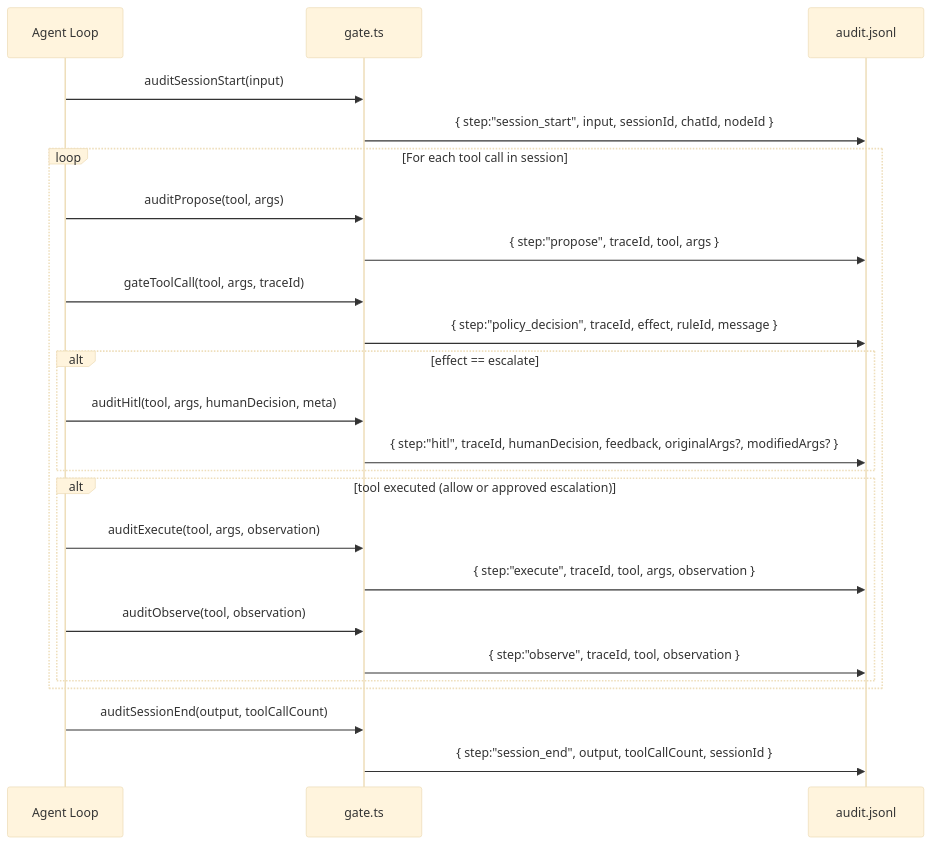
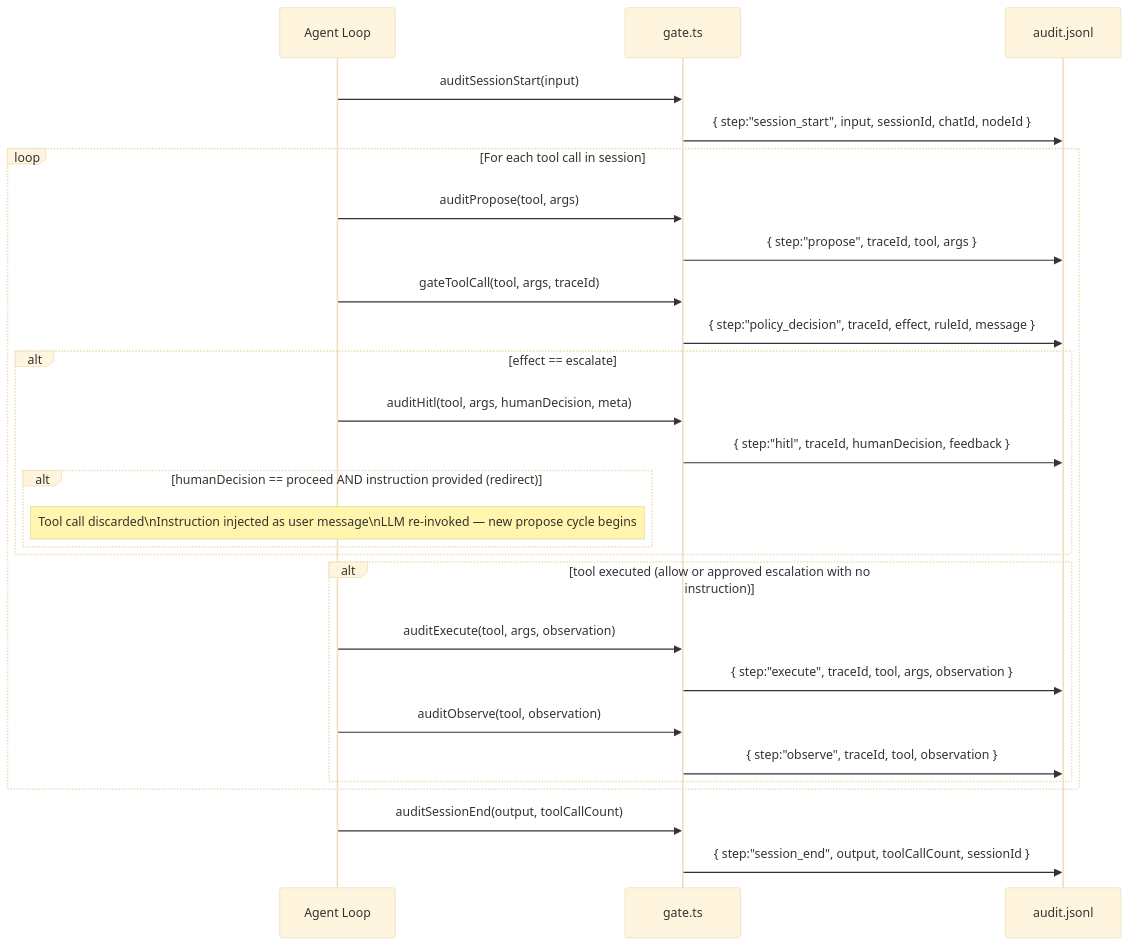
Diagram 15 of 21 in hackathon/governance-design.md (FlowiseAI/Flowise), drawn with Mermaid (base theme) before and after one commit. The commit also changed other lines of this file and 1 other file, not shown here.

First line of the commit message:
feat(governance): refactor HITL proceed path to support redirect instructions

````diff
--- a/hackathon/governance-design.md
+++ b/hackathon/governance-design.md
@@ -569,33 +621,37 @@
 ```mermaid
 sequenceDiagram
     participant Agent as Agent Loop
     participant Gate as gate.ts
     participant Log as audit.jsonl
 
     Agent->>Gate: auditSessionStart(input)
     Gate->>Log: { step:"session_start", input, sessionId, chatId, nodeId }
 
     loop For each tool call in session
         Agent->>Gate: auditPropose(tool, args)
         Gate->>Log: { step:"propose", traceId, tool, args }
 
         Agent->>Gate: gateToolCall(tool, args, traceId)
         Gate->>Log: { step:"policy_decision", traceId, effect, ruleId, message }
 
         alt effect == escalate
             Agent->>Gate: auditHitl(tool, args, humanDecision, meta)
-            Gate->>Log: { step:"hitl", traceId, humanDecision, feedback, originalArgs?, modifiedArgs? }
+            Gate->>Log: { step:"hitl", traceId, humanDecision, feedback }
+
+            alt humanDecision == proceed AND instruction provided (redirect)
+                Note over Agent: Tool call discarded\nInstruction injected as user message\nLLM re-invoked — new propose cycle begins
+            end
         end
 
-        alt tool executed (allow or approved escalation)
+        alt tool executed (allow or approved escalation with no instruction)
             Agent->>Gate: auditExecute(tool, args, observation)
             Gate->>Log: { step:"execute", traceId, tool, args, observation }
 
             Agent->>Gate: auditObserve(tool, observation)
             Gate->>Log: { step:"observe", traceId, tool, observation }
         end
     end
 
     Agent->>Gate: auditSessionEnd(output, toolCallCount)
     Gate->>Log: { step:"session_end", output, toolCallCount, sessionId }
 ```
````
